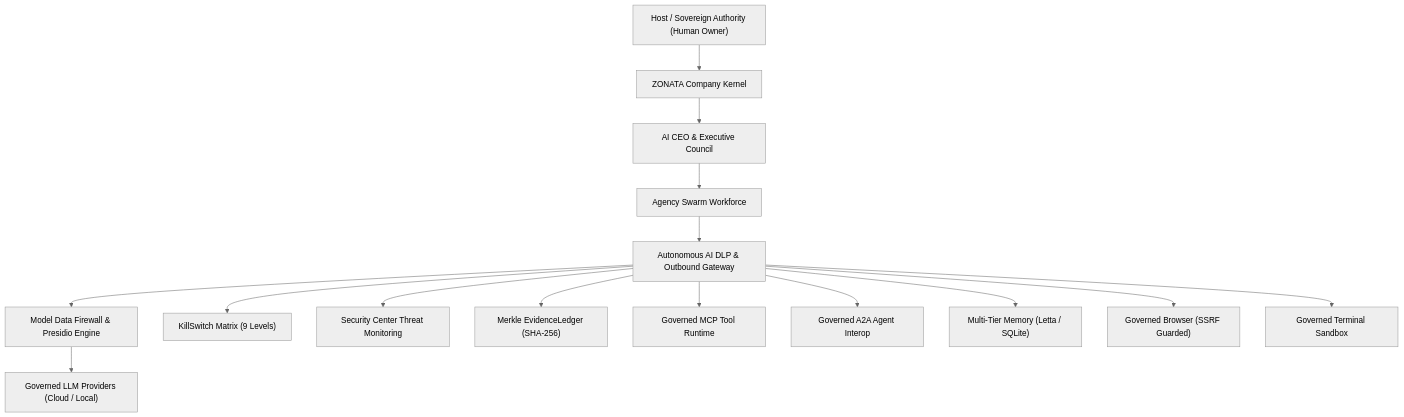
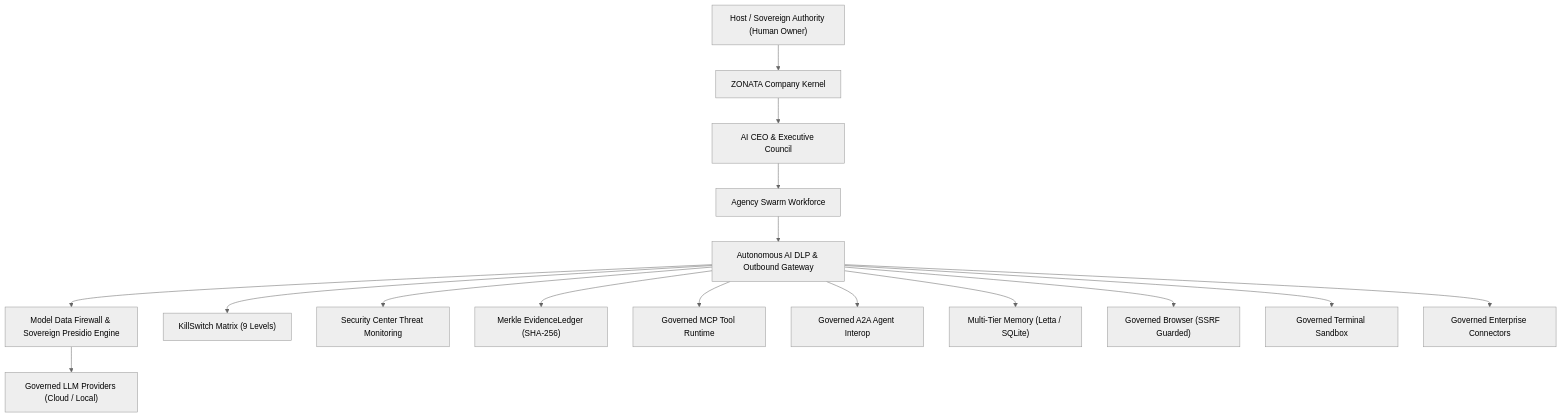
One commit to sukhrajsingh82673-gif/AI-robo-assistant-saas changed the diagram in ZONATA_AI_SECURITY_AND_DLP_ARCHITECTURE.md. Above: the diagram before and after it, drawn with Mermaid (neutral theme). The commit also changed other lines of this file and 15 other files, not shown here.

````diff
--- a/ZONATA_AI_SECURITY_AND_DLP_ARCHITECTURE.md
+++ b/ZONATA_AI_SECURITY_AND_DLP_ARCHITECTURE.md
@@ -26,17 +28,18 @@
 ```mermaid
 flowchart TD
     Host["Host / Sovereign Authority (Human Owner)"] --> Kernel["ZONATA Company Kernel"]
     Kernel --> CEO["AI CEO & Executive Council"]
     CEO --> Swarm["Agency Swarm Workforce"]
     Swarm --> Gateway["Autonomous AI DLP & Outbound Gateway"]
-    Gateway --> Firewall["Model Data Firewall & Presidio Engine"]
+    Gateway --> Firewall["Model Data Firewall & Sovereign Presidio Engine"]
     Gateway --> KillSwitch["KillSwitch Matrix (9 Levels)"]
     Gateway --> SecurityCenter["Security Center Threat Monitoring"]
     Gateway --> Evidence["Merkle EvidenceLedger (SHA-256)"]
     Firewall --> LLM["Governed LLM Providers (Cloud / Local)"]
     Gateway --> MCP["Governed MCP Tool Runtime"]
     Gateway --> A2A["Governed A2A Agent Interop"]
     Gateway --> Memory["Multi-Tier Memory (Letta / SQLite)"]
     Gateway --> Browser["Governed Browser (SSRF Guarded)"]
     Gateway --> Terminal["Governed Terminal Sandbox"]
+    Gateway --> Connectors["Governed Enterprise Connectors"]
 ```
````
